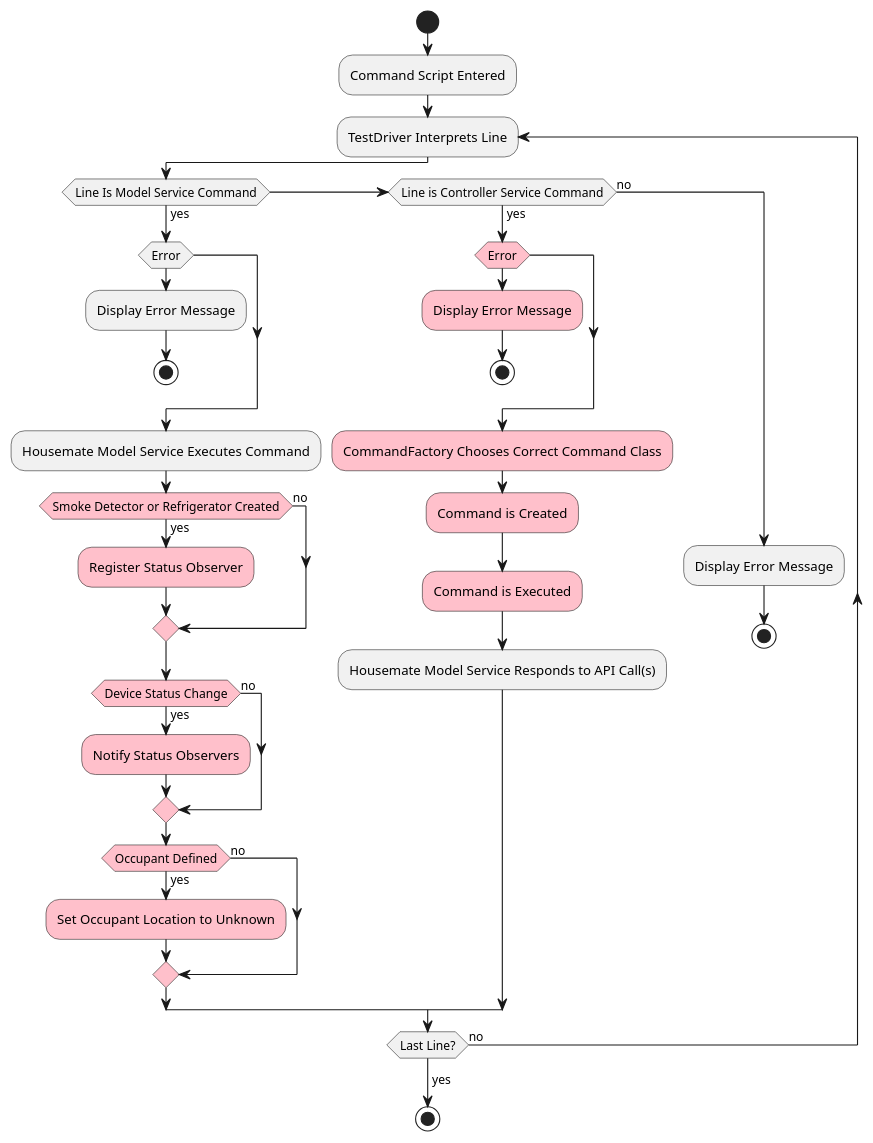
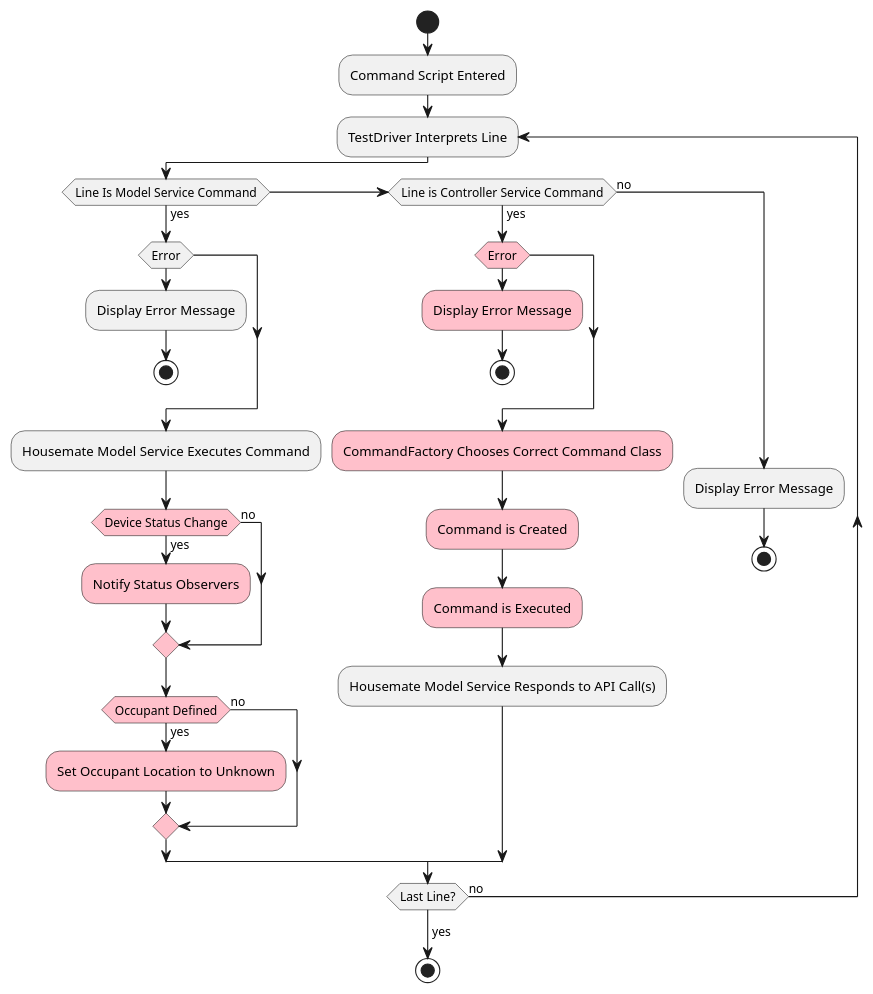
The second of 5 diagrams in cscie97/asn3/design.md (erikorlowski/cscie97), drawn with PlantUML before and after one commit. The commit also changed other lines of this file, not shown here.

````diff
--- a/cscie97/asn3/design.md
+++ b/cscie97/asn3/design.md
@@ -99,41 +99,37 @@
 ```plantuml
 @startuml
 start
 :Command Script Entered;
 repeat :TestDriver Interprets Line;
     if (Line Is Model Service Command) then (yes)
         if (Error) then
             :Display Error Message;
             stop
         endif
         :Housemate Model Service Executes Command;
-        #Pink:if (Smoke Detector or Refrigerator Created) then (yes)
-            #Pink:Register Status Observer;
-        else (no)
-        endif
         #Pink:if (Device Status Change) then (yes)
             #Pink:Notify Status Observers;
         else (no)
         endif
         #Pink:if (Occupant Defined) then (yes)
             #Pink:Set Occupant Location to Unknown;
         else (no)
         endif
     elseif (Line is Controller Service Command) then (yes)
         #Pink:if (Error) then
             #Pink:Display Error Message;
             stop
         endif
         #Pink:CommandFactory Chooses Correct Command Class;
         #Pink:Command is Created;
         #Pink:Command is Executed;
         :Housemate Model Service Responds to API Call(s);
     else (no)
         :Display Error Message;
         stop
     endif
 repeat while (Last Line?) is (no)
 ->yes;
 stop
 @enduml
 ```
````
